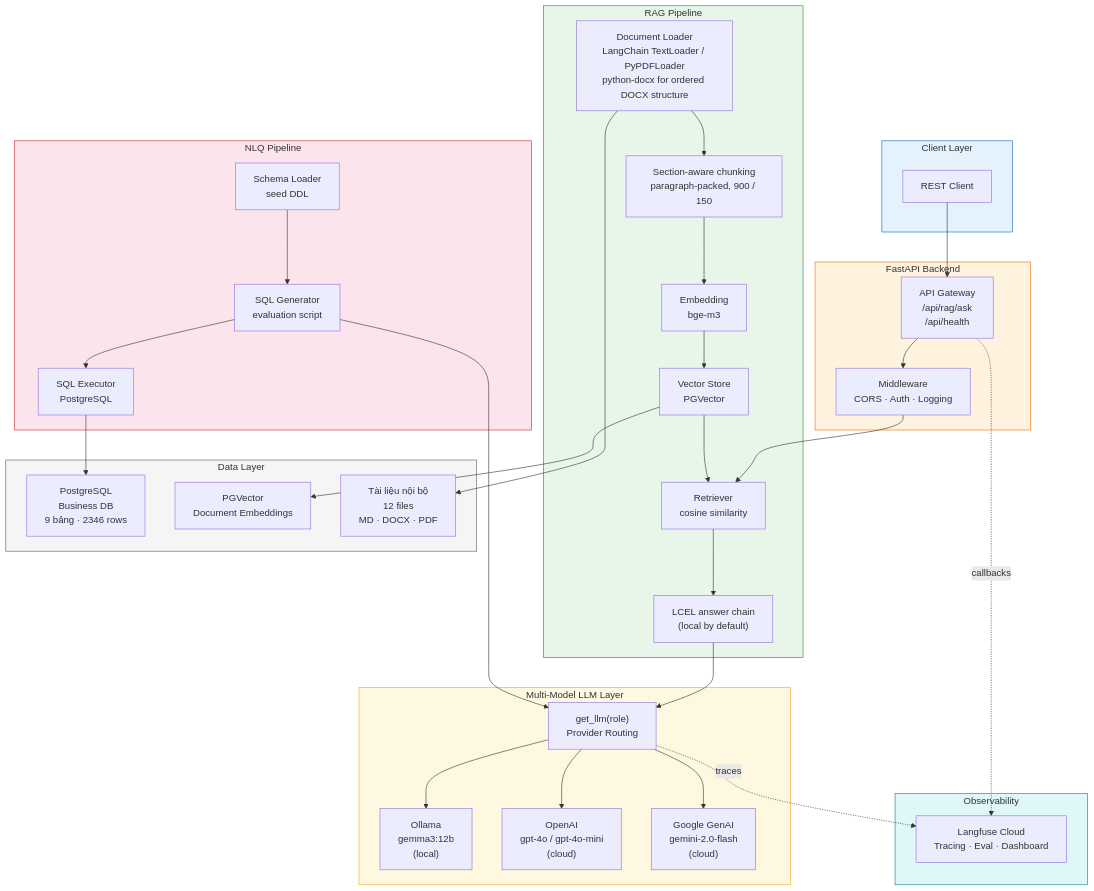
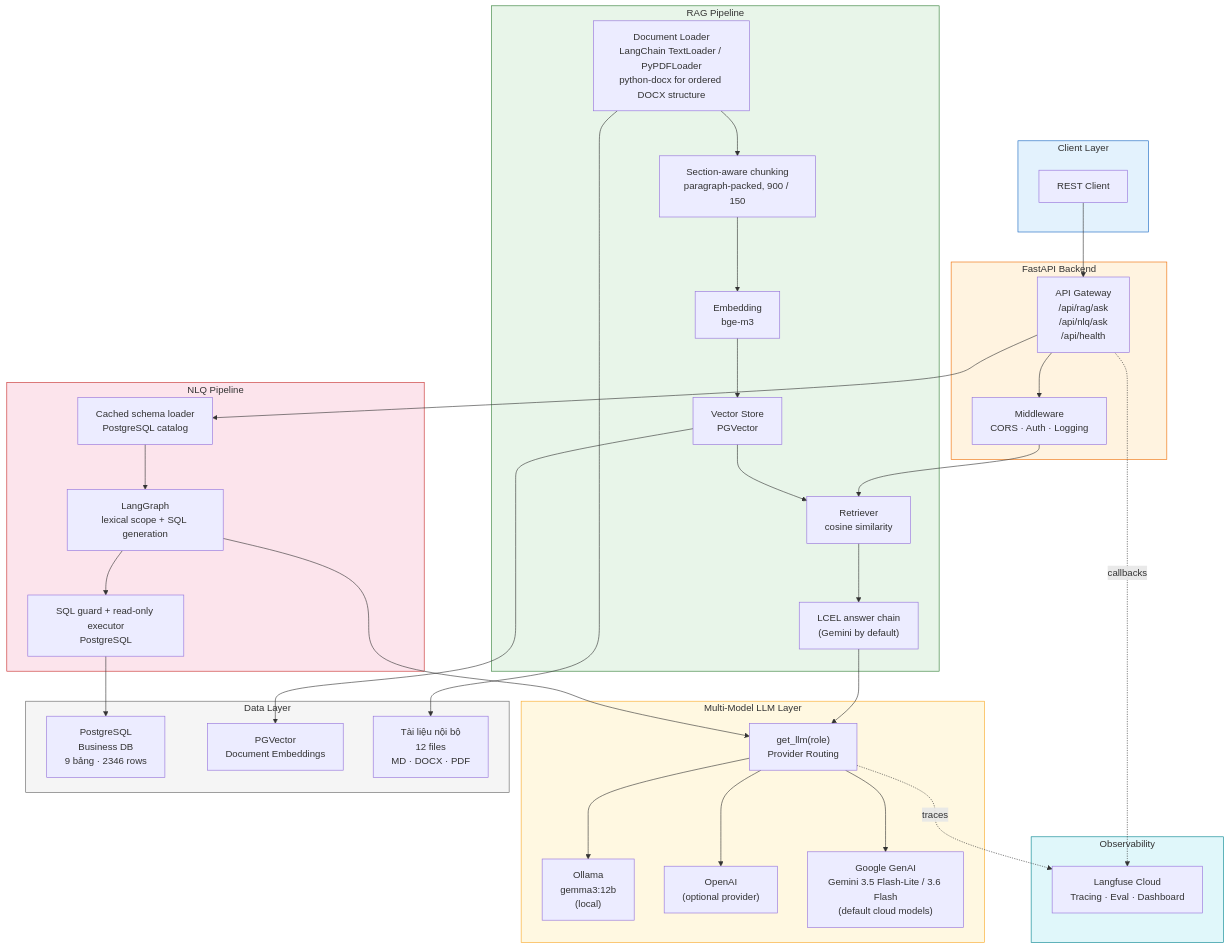
The first of 6 diagrams in docs/architecture.md (tranquoctrieu382006-tech/AI-assistant), drawn with Mermaid before and after one commit. The commit also changed other lines of this file and 28 other files, not shown here.

Commit message:
fix: harden NLQ and RAG runtime

````diff
--- a/docs/architecture.md
+++ b/docs/architecture.md
@@ -18,71 +18,72 @@
 ```mermaid
 flowchart TB
     subgraph Client["Client Layer"]
         UI["REST Client"]
     end
 
     subgraph API["FastAPI Backend"]
-        GW["API Gateway\n/api/rag/ask\n/api/health"]
+        GW["API Gateway\n/api/rag/ask\n/api/nlq/ask\n/api/health"]
         MW["Middleware\nCORS · Auth · Logging"]
     end
 
     subgraph RAG_Pipeline["RAG Pipeline"]
         RL["Document Loader\nLangChain TextLoader / PyPDFLoader\npython-docx for ordered DOCX structure"]
         SP["Section-aware chunking\nparagraph-packed, 900 / 150"]
         EM["Embedding\nbge-m3"]
         VS["Vector Store\nPGVector"]
         RET["Retriever\ncosine similarity"]
-        SYN["LCEL answer chain\n(local by default)"]
+        SYN["LCEL answer chain\n(Gemini by default)"]
     end
 
     subgraph NLQ_Pipeline["NLQ Pipeline"]
-        SC["Schema Loader\nseed DDL"]
-        SG["SQL Generator\nevaluation script"]
-        EX["SQL Executor\nPostgreSQL"]
+        SC["Cached schema loader\nPostgreSQL catalog"]
+        SG["LangGraph\nlexical scope + SQL generation"]
+        EX["SQL guard + read-only executor\nPostgreSQL"]
     end
 
     subgraph LLM_Layer["Multi-Model LLM Layer"]
         LM["get_llm(role)\nProvider Routing"]
         OL["Ollama\ngemma3:12b\n(local)"]
-        OA["OpenAI\ngpt-4o / gpt-4o-mini\n(cloud)"]
-        GG["Google GenAI\ngemini-2.0-flash\n(cloud)"]
+        OA["OpenAI\n(optional provider)"]
+        GG["Google GenAI\nGemini 3.5 Flash-Lite / 3.6 Flash\n(default cloud models)"]
     end
 
     subgraph Observability["Observability"]
         LF["Langfuse Cloud\nTracing · Eval · Dashboard"]
     end
 
     subgraph Data["Data Layer"]
         PG["PostgreSQL\nBusiness DB\n9 bảng · 2346 rows"]
         PGV["PGVector\nDocument Embeddings"]
         DOCS["Tài liệu nội bộ\n12 files\nMD · DOCX · PDF"]
     end
 
     UI --> GW
     GW --> MW --> RET --> SYN
     RL --> SP --> EM --> VS
     VS --> RET
     SC --> SG --> EX
 
     SYN --> LM
     SG --> LM
 
     LM --> OL
     LM --> OA
     LM --> GG
 
     VS --> PGV
     EX --> PG
     RL --> DOCS
 
     GW -.->|"callbacks"| LF
     LM -.->|"traces"| LF
+    GW --> SC
 
     style Client fill:#e3f2fd,stroke:#1565c0
     style API fill:#fff3e0,stroke:#ef6c00
     style RAG_Pipeline fill:#e8f5e9,stroke:#2e7d32
     style NLQ_Pipeline fill:#fce4ec,stroke:#c62828
     style LLM_Layer fill:#fff8e1,stroke:#f9a825
     style Observability fill:#e0f7fa,stroke:#00838f
     style Data fill:#f5f5f5,stroke:#616161
 ```
````
